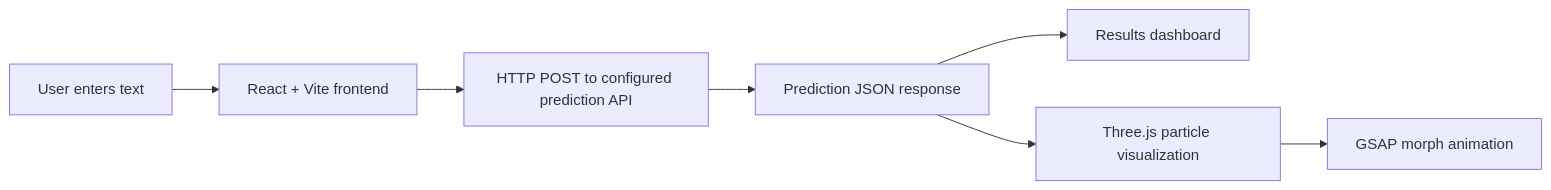
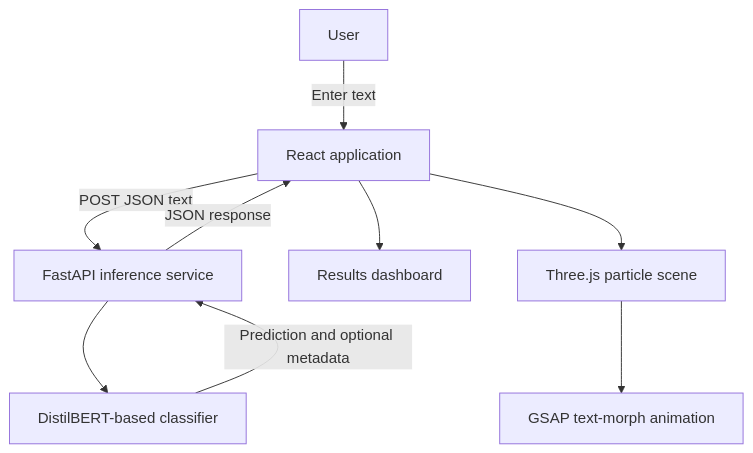
Before and after one commit to HIRGON7/Bot-Or-Not: the second of 2 diagrams in README.md, drawn with Mermaid. The commit also changed other lines of this file, not shown here.

````diff
--- a/README.md
+++ b/README.md
@@ -21,9 +288,11 @@
 ```mermaid
-flowchart LR
-    A[User enters text] --> B[React + Vite frontend]
-    B --> C[HTTP POST to configured prediction API]
-    C --> D[Prediction JSON response]
-    D --> E[Results dashboard]
-    D --> F[Three.js particle visualization]
-    F --> G[GSAP morph animation]
+flowchart TD
+    A[User] -->|Enter text| B[React application]
+    B -->|POST JSON text| C[FastAPI inference service]
+    C --> D[DistilBERT-based classifier]
+    D -->|Prediction and optional metadata| C
+    C -->|JSON response| B
+    B --> E[Results dashboard]
+    B --> F[Three.js particle scene]
+    F --> G[GSAP text-morph animation]
 ```
````
